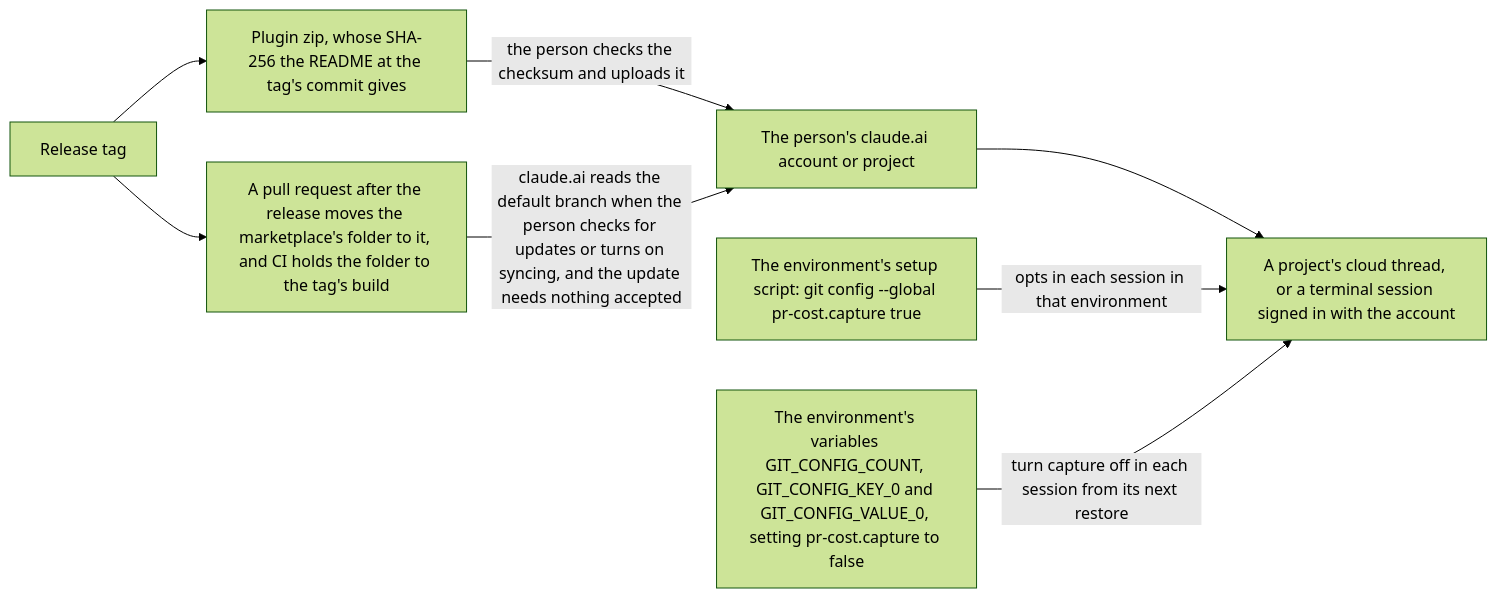
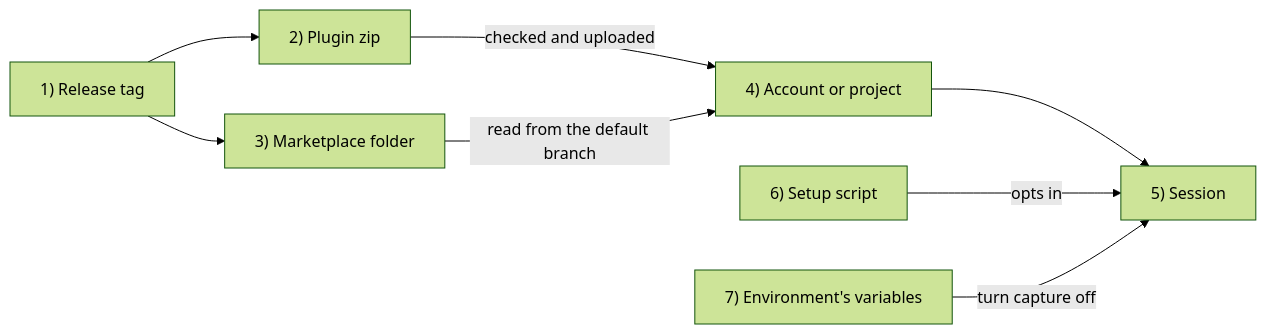
One commit to niko-kotiniemi-oss/agentic-pr-cost-calculator changed the fourth of 10 diagrams in docs/how-it-works.md. Above: the diagram before and after it, drawn with Mermaid (forest theme). The commit also changed other lines of this file and 10 other files, not shown here.

First line of the commit message:
Number and explain every diagram, and draw one on each feature page

````diff
--- a/docs/how-it-works.md
+++ b/docs/how-it-works.md
@@ -196,10 +237,10 @@
 ```mermaid
 flowchart LR
-  T[Release tag] --> Z[Plugin zip, whose SHA-256 the README at the tag's commit gives]
-  T --> F[A pull request after the release moves the marketplace's folder to it, and CI holds the folder to the tag's build]
-  Z -->|the person checks the checksum and uploads it| A[The person's claude.ai account or project]
-  F -->|claude.ai reads the default branch when the person checks for updates or turns on syncing, and the update needs nothing accepted| A
-  A --> S[A project's cloud thread, or a terminal session signed in with the account]
-  E[The environment's setup script: git config --global pr-cost.capture true] -->|opts in each session in that environment| S
-  V[The environment's variables GIT_CONFIG_COUNT, GIT_CONFIG_KEY_0 and GIT_CONFIG_VALUE_0, setting pr-cost.capture to false] -->|turn capture off in each session from its next restore| S
+  T["1) Release tag"] --> Z["2) Plugin zip"]
+  T --> F["3) Marketplace folder"]
+  Z -->|checked and uploaded| A["4) Account or project"]
+  F -->|read from the default branch| A
+  A --> S["5) Session"]
+  E["6) Setup script"] -->|opts in| S
+  V["7) Environment's variables"] -->|turn capture off| S
 ```
````
